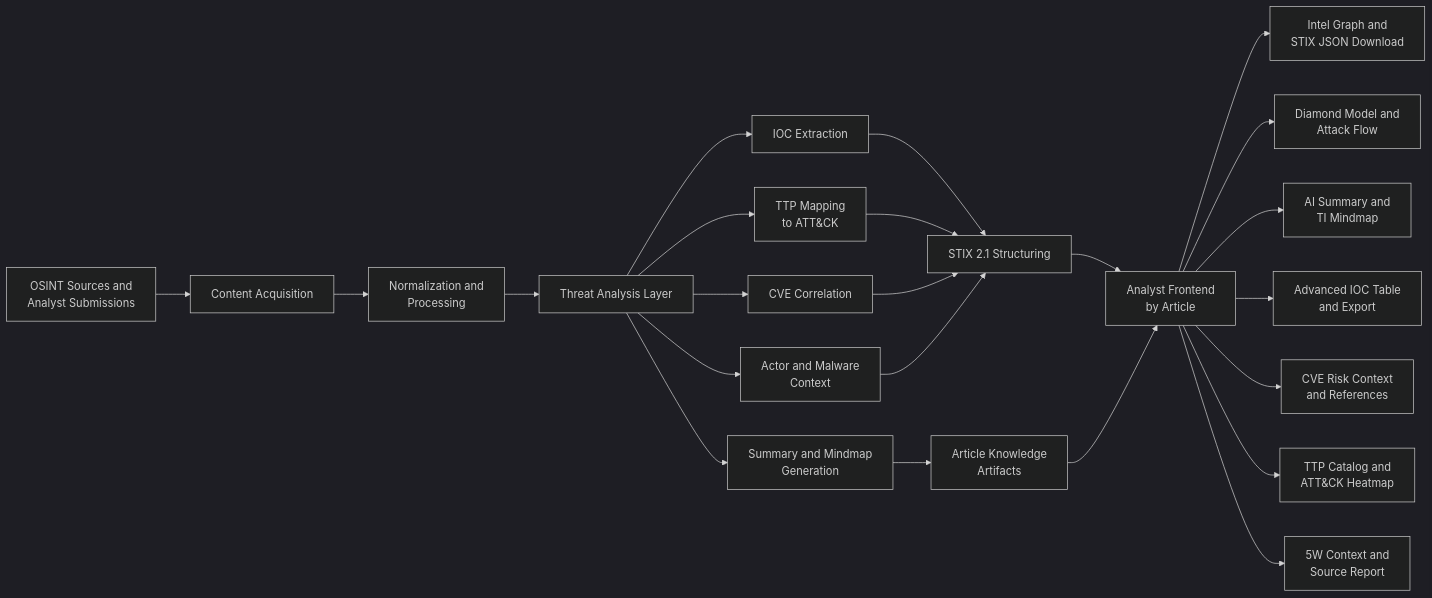
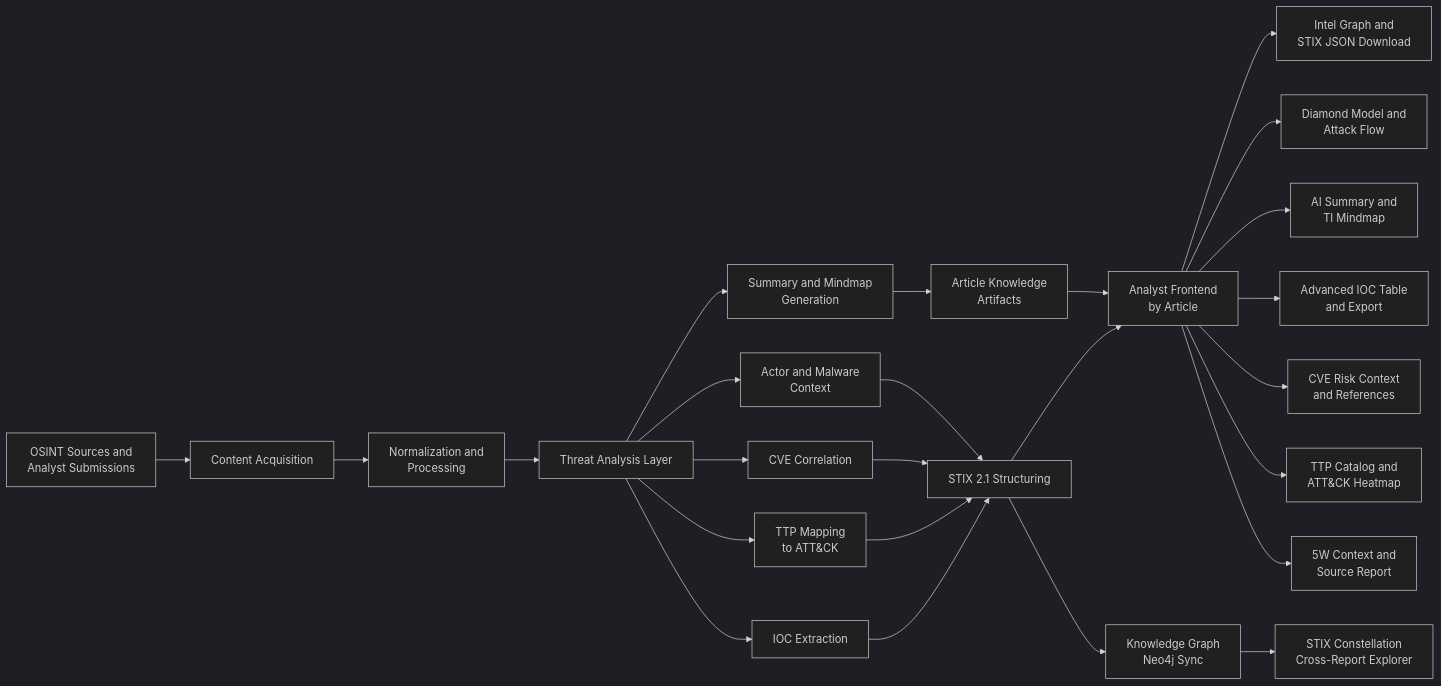
One commit to TI-Mindmap-HUB-Org/ti-mindmap-hub-research changed the first of 2 diagrams in docs/concepts/index.md. Above: the diagram before and after it, drawn with Mermaid (dark theme). The commit also changed other lines of this file and 11 other files, not shown here.

Commit message:
feat: update documentation to reflect new features and enhancements, including Knowledge Graph integration and expanded MCP tools

````diff
--- a/docs/concepts/index.md
+++ b/docs/concepts/index.md
@@ -14,25 +14,27 @@
 ```mermaid
 flowchart LR
     A[OSINT Sources and<br/>Analyst Submissions] --> B[Content Acquisition]
     B --> C[Normalization and<br/>Processing]
     C --> D[Threat Analysis Layer]
     D --> E1[IOC Extraction]
     D --> E2[TTP Mapping<br/>to ATT&CK]
     D --> E3[CVE Correlation]
     D --> E4[Actor and Malware<br/>Context]
     D --> E5[Summary and Mindmap<br/>Generation]
     E1 --> F[STIX 2.1 Structuring]
     E2 --> F
     E3 --> F
     E4 --> F
     E5 --> G[Article Knowledge<br/>Artifacts]
     F --> H[Analyst Frontend<br/>by Article]
     G --> H
+    F --> KG[Knowledge Graph<br/>Neo4j Sync]
+    KG --> KGF[STIX Constellation<br/>Cross-Report Explorer]
     H --> I1[Intel Graph and<br/>STIX JSON Download]
     H --> I2[Diamond Model and<br/>Attack Flow]
     H --> I3[AI Summary and<br/>TI Mindmap]
     H --> I4[Advanced IOC Table<br/>and Export]
     H --> I5[CVE Risk Context<br/>and References]
     H --> I6[TTP Catalog and<br/>ATT&CK Heatmap]
     H --> I7[5W Context and<br/>Source Report]
 ```
````
